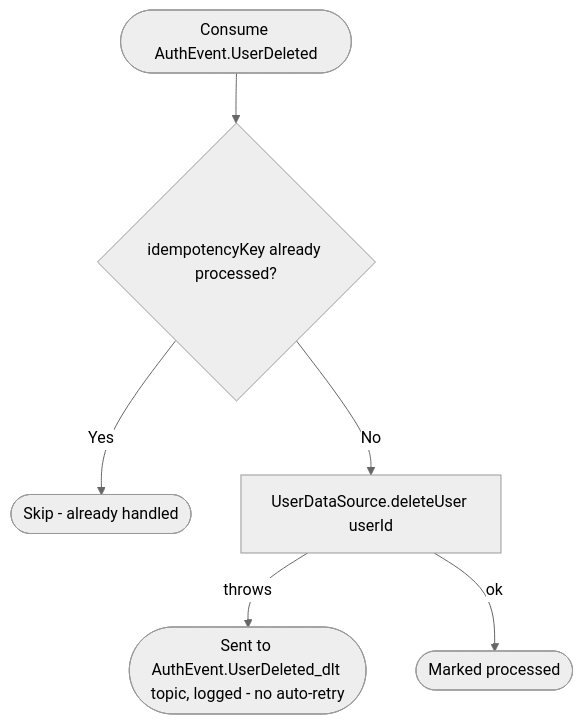
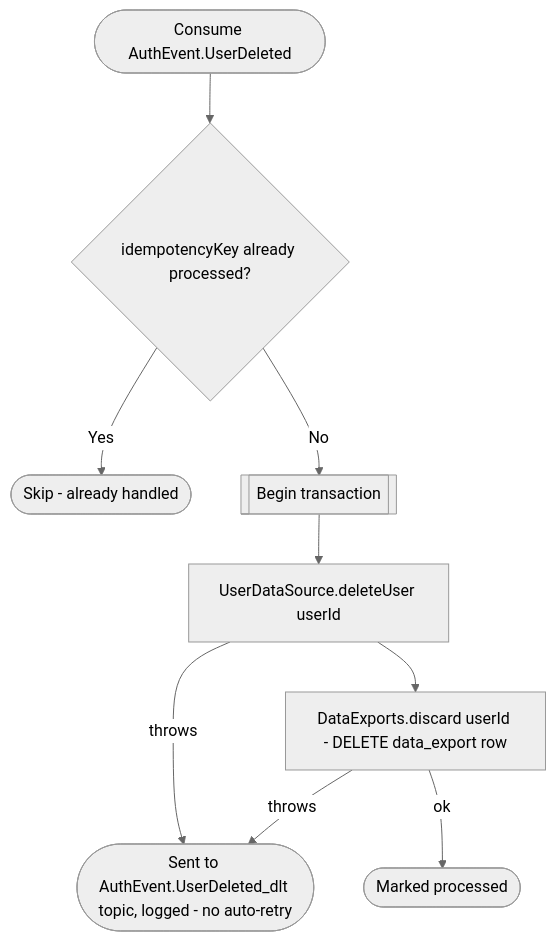
The diagram in docs/operations/user/on-user-deleted.md (nocturneproperties/bookkme), drawn with Mermaid (neutral theme) before and after one commit. The commit also changed other lines of this file and 133 other files, not shown here.

Commit message:
[ISSUE-139] account data export

````diff
--- a/docs/operations/user/on-user-deleted.md
+++ b/docs/operations/user/on-user-deleted.md
@@ -15,8 +17,11 @@
 ```mermaid
 flowchart TD
     Start([Consume AuthEvent.UserDeleted]) --> Dedup{idempotencyKey already processed?}
     Dedup -- Yes --> Skip([Skip - already handled])
-    Dedup -- No --> Delete[UserDataSource.deleteUser userId]
-    Delete -- throws --> Dlt([Sent to AuthEvent.UserDeleted_dlt topic, logged - no auto-retry])
-    Delete -- ok --> Ack([Marked processed])
+    Dedup -- No --> Tx[[Begin transaction]]
+    Tx --> Delete[UserDataSource.deleteUser userId]
+    Delete --> Discard[DataExports.discard userId - DELETE data_export row]
+    Discard -- throws --> Dlt([Sent to AuthEvent.UserDeleted_dlt topic, logged - no auto-retry])
+    Delete -- throws --> Dlt
+    Discard -- ok --> Ack([Marked processed])
 ```
````
